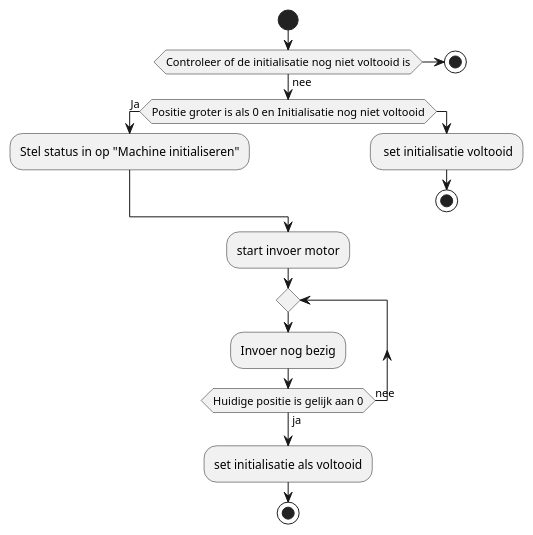
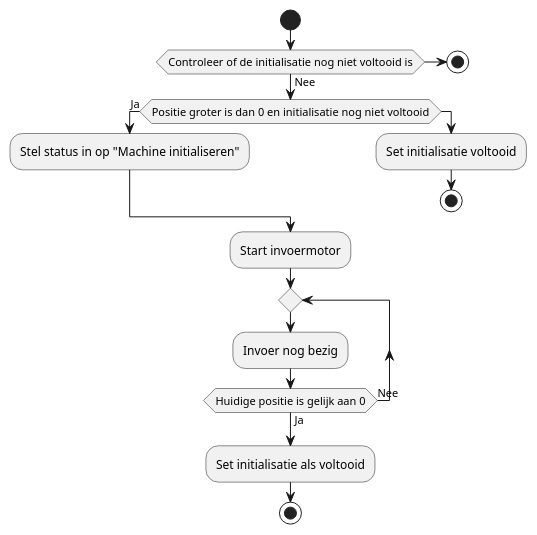
The third of 3 diagrams in src/chapter_1.md (MilanWichink/Individuele-eindopdracht), drawn with PlantUML before and after one commit. The commit also changed other lines of this file, not shown here.

````diff
--- a/src/chapter_1.md
+++ b/src/chapter_1.md
@@ -74,30 +87,29 @@
 ```plantuml
-@startuml initialiseren
+@startuml Initialiseren
 
 start
 
-if (Controleer of de initialisatie nog niet voltooid is) then (nee)
+if (Controleer of de initialisatie nog niet voltooid is) then (Nee)
 
-
-  if (Positie groter is als 0 en Initialisatie nog niet voltooid) then (Ja)
+  if (Positie groter is dan 0 en initialisatie nog niet voltooid) then (Ja)
       :Stel status in op "Machine initialiseren";
   else
-    : set initialisatie voltooid;
+    :Set initialisatie voltooid;
     stop
   endif
 
-    :start invoer motor;
+    :Start invoermotor;
   repeat
    :Invoer nog bezig;
-  repeat while (Huidige positie is gelijk aan 0) is (nee) not (ja)
-        :set initialisatie als voltooid;
+  repeat while (Huidige positie is gelijk aan 0) is (Nee) not (Ja)
+        :Set initialisatie als voltooid;
 
 else
 stop
 endif
 stop
 
 @enduml
 
 
 ```
````
